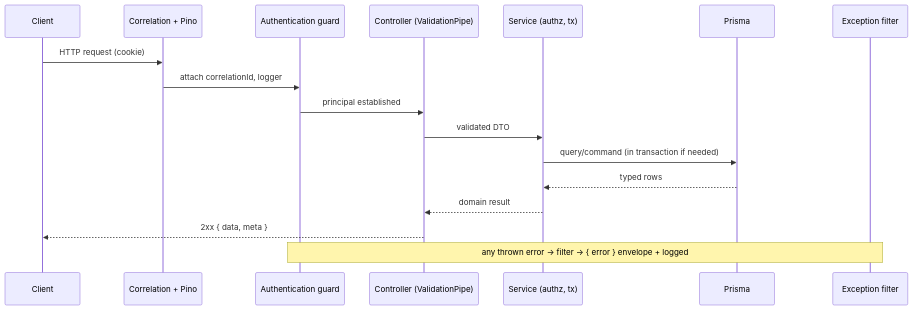
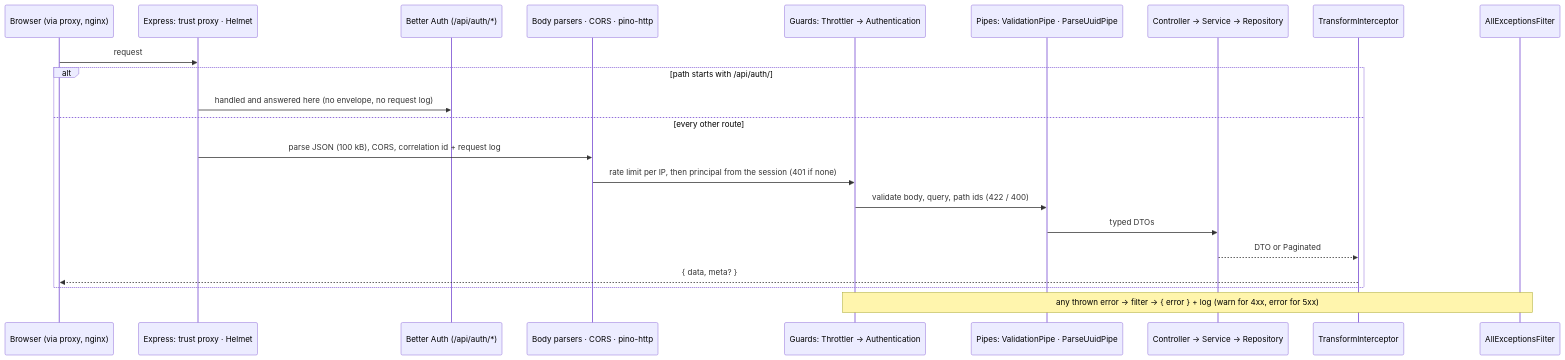
The second of 2 diagrams in docs/BACKEND_ARCHITECTURE.md (HuttonHomeHub/WorkHub), drawn with Mermaid before and after one commit. The commit also changed other lines of this file and 29 other files, not shown here.

````diff
--- a/docs/BACKEND_ARCHITECTURE.md
+++ b/docs/BACKEND_ARCHITECTURE.md
@@ -163,20 +88,25 @@
 ```mermaid
 sequenceDiagram
-  participant Cl as Client
-  participant MW as Correlation + Pino
-  participant G as Authentication guard
-  participant Ct as Controller (ValidationPipe)
-  participant Sv as Service (authz, tx)
-  participant Pr as Prisma
-  participant F as Exception filter
+  participant Cl as Browser (via proxy, nginx)
+  participant EX as Express: trust proxy · Helmet
+  participant BA as Better Auth (/api/auth/*)
+  participant MW as Body parsers · CORS · pino-http
+  participant G as Guards: Throttler → Authentication
+  participant P as Pipes: ValidationPipe · ParseUuidPipe
+  participant Ct as Controller → Service → Repository
+  participant I as TransformInterceptor
+  participant F as AllExceptionsFilter
 
-  Cl->>MW: HTTP request (cookie)
-  MW->>G: attach correlationId, logger
-  G->>Ct: principal established
-  Ct->>Sv: validated DTO
-  Sv->>Pr: query/command (in transaction if needed)
-  Pr-->>Sv: typed rows
-  Sv-->>Ct: domain result
-  Ct-->>Cl: 2xx { data, meta }
-  Note over G,F: any thrown error → filter → { error } envelope + logged
+  Cl->>EX: request
+  alt path starts with /api/auth/
+    EX->>BA: handled and answered here (no envelope, no request log)
+  else every other route
+    EX->>MW: parse JSON (100 kB), CORS, correlation id + request log
+    MW->>G: rate limit per IP, then principal from the session (401 if none)
+    G->>P: validate body, query, path ids (422 / 400)
+    P->>Ct: typed DTOs
+    Ct-->>I: DTO or Paginated
+    I-->>Cl: { data, meta? }
+  end
+  Note over G,F: any thrown error → filter → { error } + log (warn for 4xx, error for 5xx)
 ```
````
